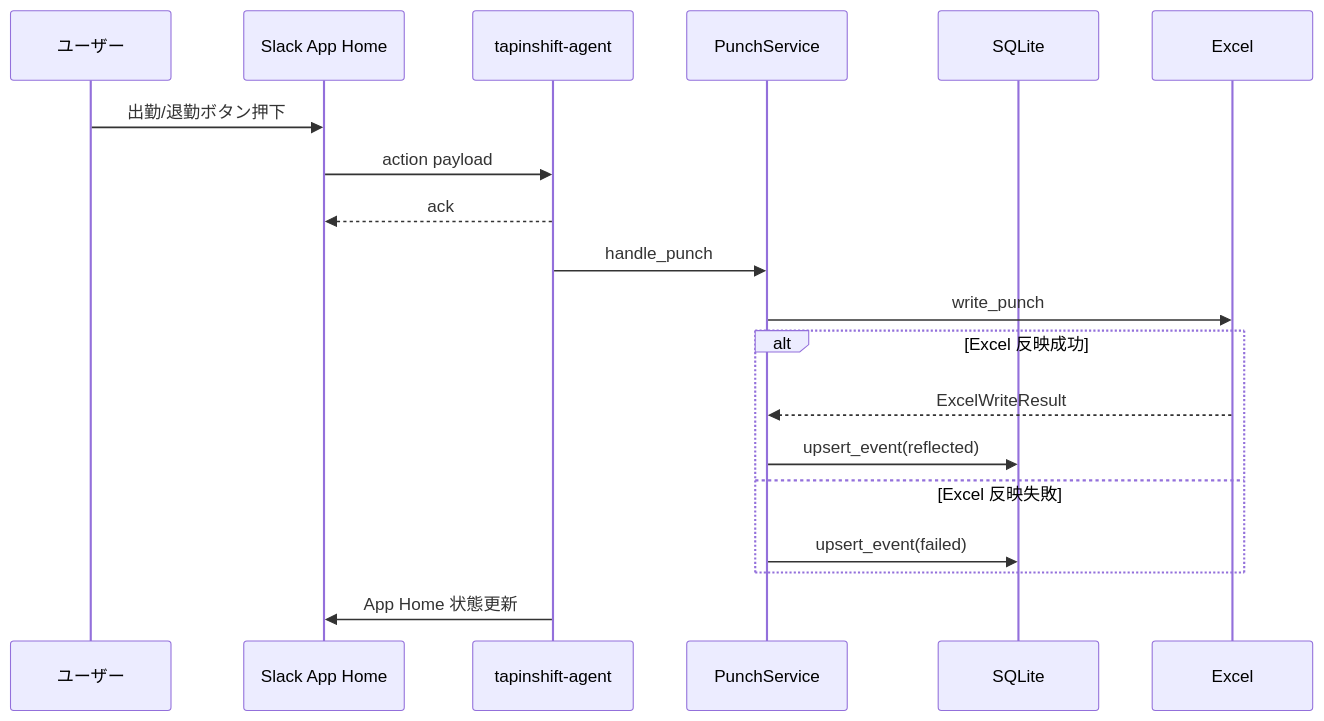
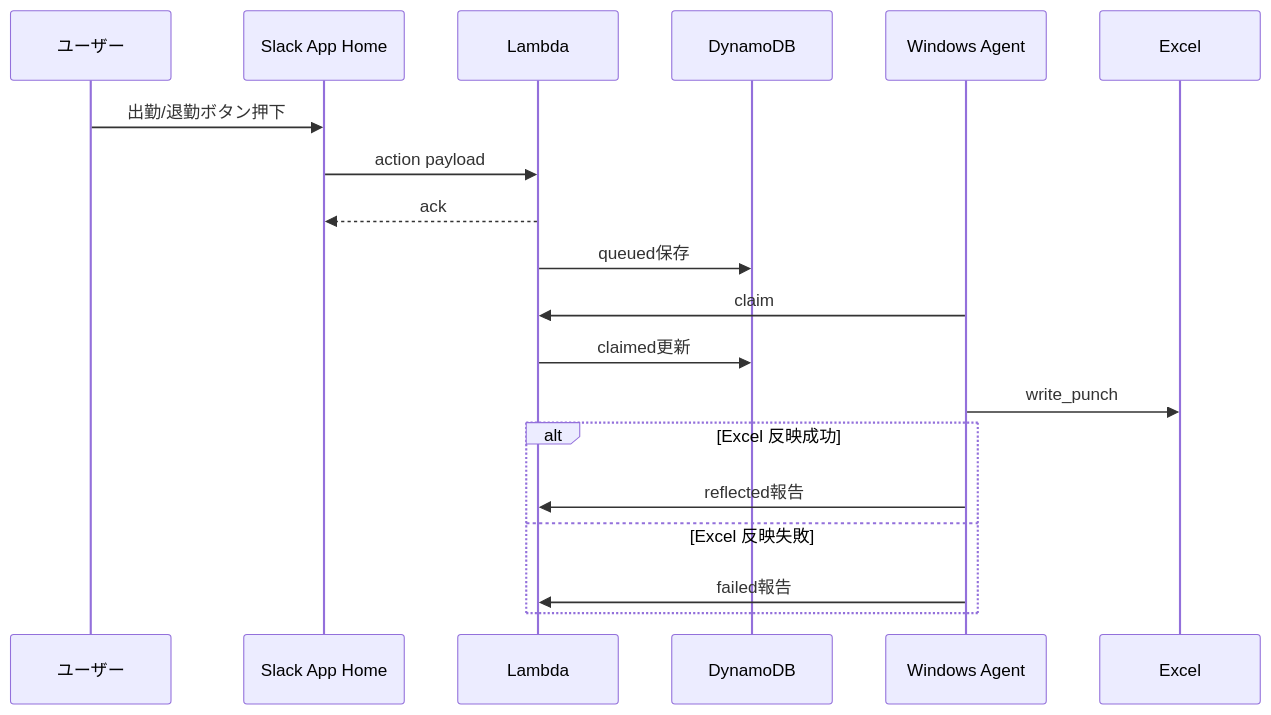
One commit to Shintaro-Abe/TapInShift changed the third of 6 diagrams in docs/functional-design.md. Above: the diagram before and after it, drawn with Mermaid. The commit also changed other lines of this file and 39 other files, not shown here.

Commit message:
Add cloud queue sync for TapInShift

````diff
--- a/docs/functional-design.md
+++ b/docs/functional-design.md
@@ -53,22 +54,22 @@
 ```mermaid
 sequenceDiagram
     participant User as ユーザー
     participant Slack as Slack App Home
-    participant Agent as tapinshift-agent
-    participant Service as PunchService
-    participant Store as SQLite
+    participant Cloud as Lambda
+    participant Queue as DynamoDB
+    participant Agent as Windows Agent
     participant Excel as Excel
 
     User->>Slack: 出勤/退勤ボタン押下
-    Slack->>Agent: action payload
-    Agent-->>Slack: ack
-    Agent->>Service: handle_punch
-    Service->>Excel: write_punch
+    Slack->>Cloud: action payload
+    Cloud-->>Slack: ack
+    Cloud->>Queue: queued保存
+    Agent->>Cloud: claim
+    Cloud->>Queue: claimed更新
+    Agent->>Excel: write_punch
     alt Excel 反映成功
-        Excel-->>Service: ExcelWriteResult
-        Service->>Store: upsert_event(reflected)
+        Agent->>Cloud: reflected報告
     else Excel 反映失敗
-        Service->>Store: upsert_event(failed)
+        Agent->>Cloud: failed報告
     end
-    Agent->>Slack: App Home 状態更新
 ```
````
